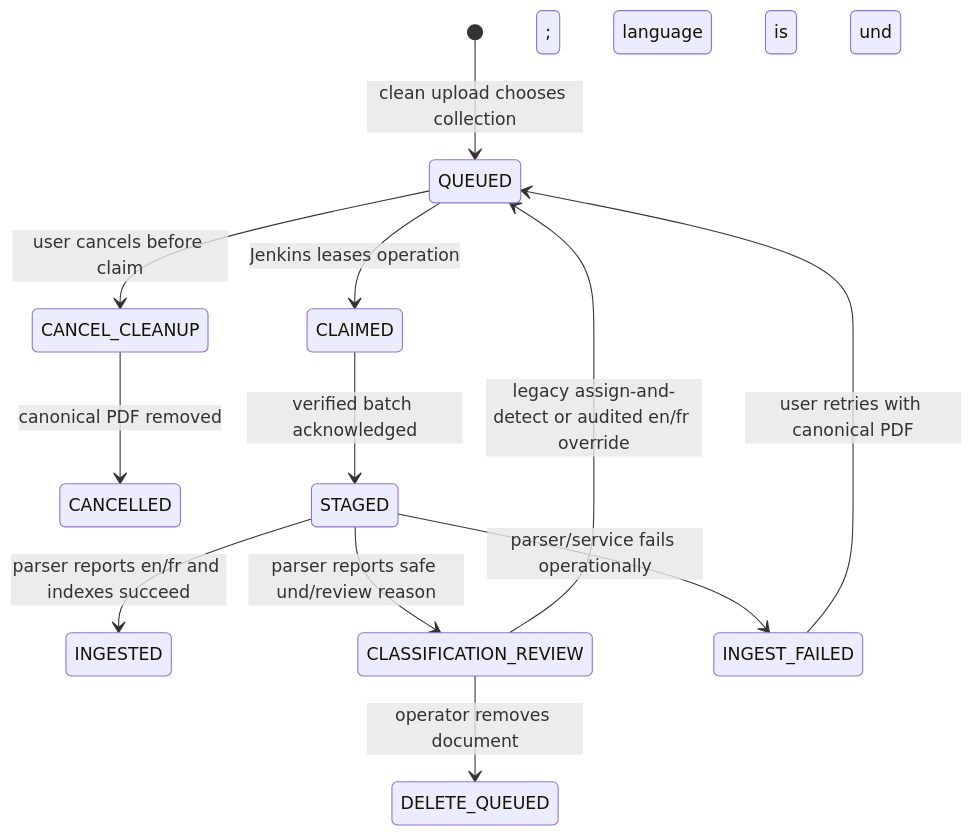
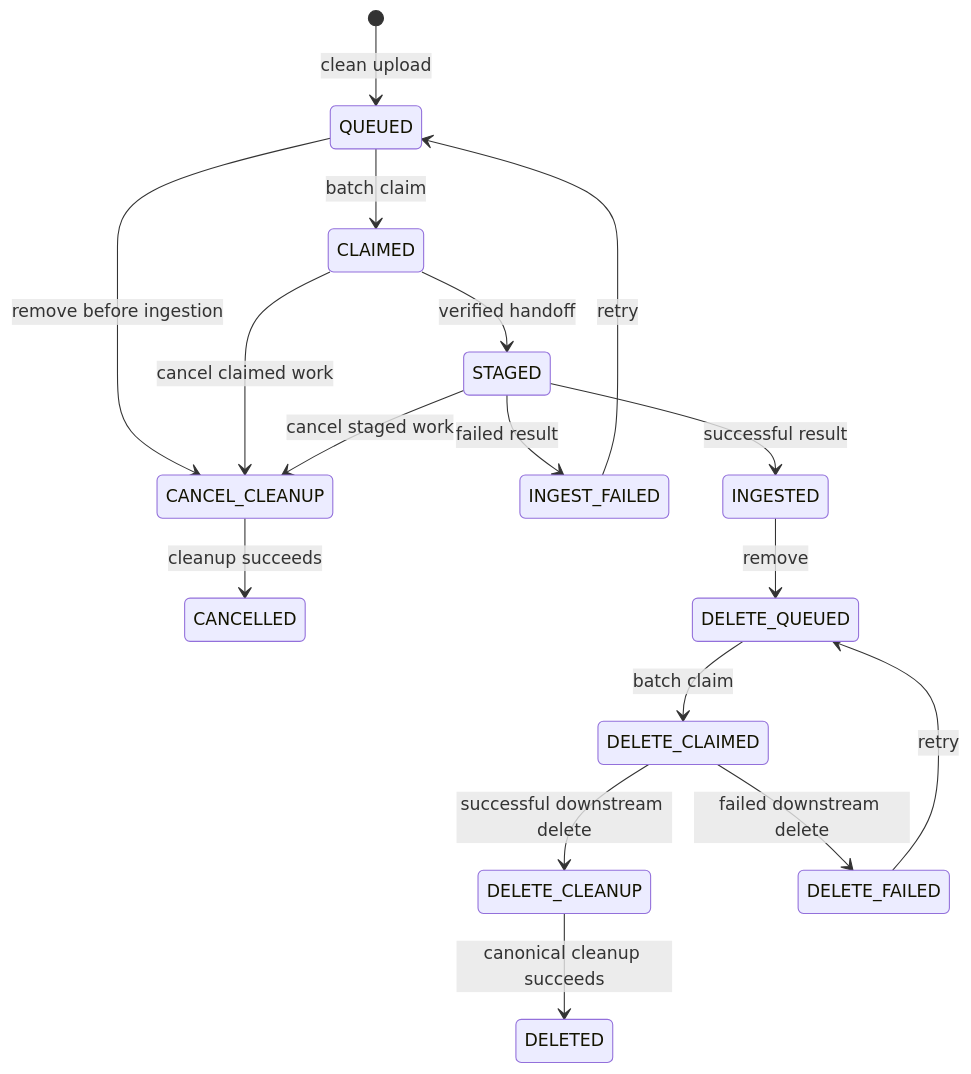
Before and after one commit to icosahedron10/pdf-bridge: the second of 2 diagrams in docs/architecture.md, drawn with Mermaid. The commit also changed other lines of this file and 87 other files, not shown here.

````diff
--- a/docs/architecture.md
+++ b/docs/architecture.md
@@ -130,14 +95,19 @@
 ```mermaid
 stateDiagram-v2
-    [*] --> QUEUED: clean upload chooses collection; language is und
-    QUEUED --> CANCEL_CLEANUP: user cancels before claim
-    CANCEL_CLEANUP --> CANCELLED: canonical PDF removed
-    QUEUED --> CLAIMED: Jenkins leases operation
-    CLAIMED --> STAGED: verified batch acknowledged
-    STAGED --> INGESTED: parser reports en/fr and indexes succeed
-    STAGED --> CLASSIFICATION_REVIEW: parser reports safe und/review reason
-    STAGED --> INGEST_FAILED: parser/service fails operationally
-    INGEST_FAILED --> QUEUED: user retries with canonical PDF
-    CLASSIFICATION_REVIEW --> QUEUED: legacy assign-and-detect or audited en/fr override
-    CLASSIFICATION_REVIEW --> DELETE_QUEUED: operator removes document
+    [*] --> QUEUED: clean upload
+    QUEUED --> CLAIMED: batch claim
+    CLAIMED --> STAGED: verified handoff
+    STAGED --> INGESTED: successful result
+    STAGED --> INGEST_FAILED: failed result
+    INGEST_FAILED --> QUEUED: retry
+    QUEUED --> CANCEL_CLEANUP: remove before ingestion
+    CLAIMED --> CANCEL_CLEANUP: cancel claimed work
+    STAGED --> CANCEL_CLEANUP: cancel staged work
+    CANCEL_CLEANUP --> CANCELLED: cleanup succeeds
+    INGESTED --> DELETE_QUEUED: remove
+    DELETE_QUEUED --> DELETE_CLAIMED: batch claim
+    DELETE_CLAIMED --> DELETE_CLEANUP: successful downstream delete
+    DELETE_CLAIMED --> DELETE_FAILED: failed downstream delete
+    DELETE_FAILED --> DELETE_QUEUED: retry
+    DELETE_CLEANUP --> DELETED: canonical cleanup succeeds
 ```
````
